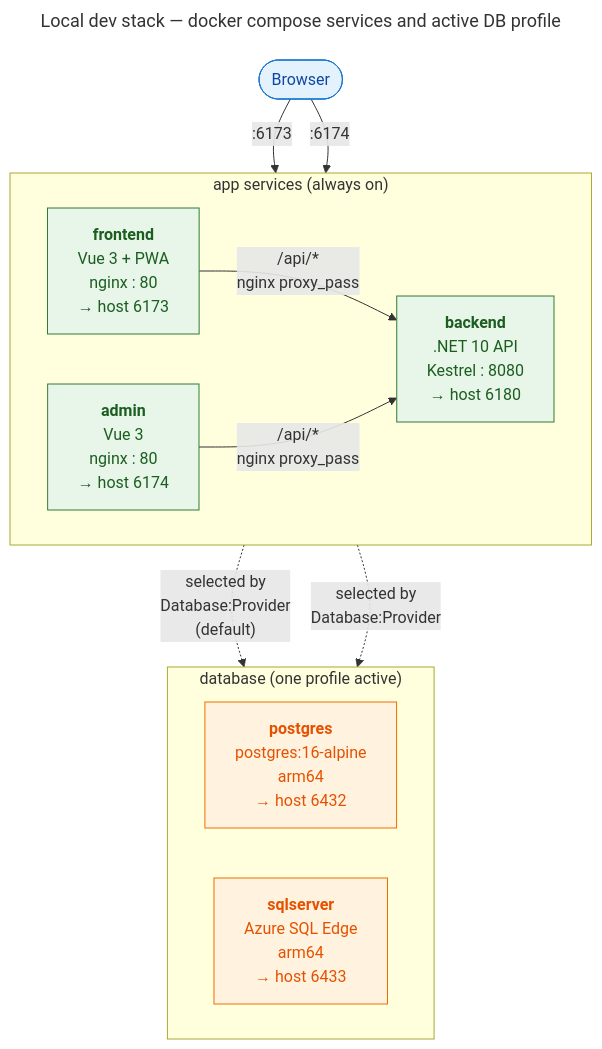
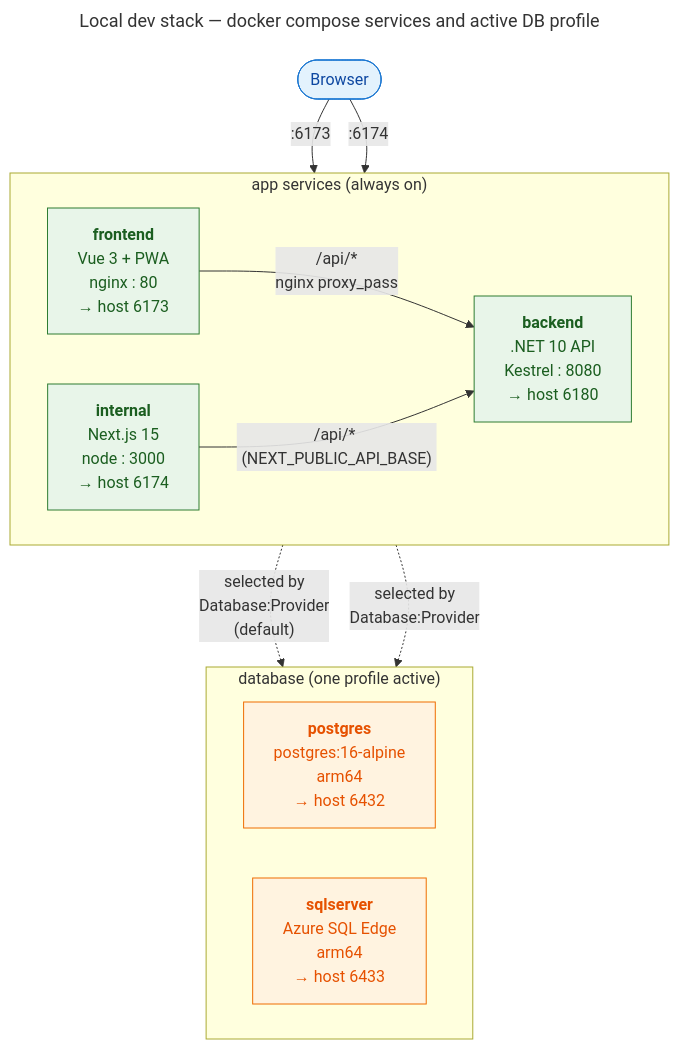
Before and after one commit to jpoley/template: the diagram in docs/diagrams/local-dev-architecture.mmd, drawn with Mermaid. The commit also changed 84 other files, not shown here.

First line of the commit message:
refactor: rename admin → internal and port Vue → Next.js

```diff
--- a/docs/diagrams/local-dev-architecture.mmd
+++ b/docs/diagrams/local-dev-architecture.mmd
@@ -1,38 +1,38 @@
 ---
 title: Local dev stack — docker compose services and active DB profile
 config:
   theme: default
   flowchart:
     curve: basis
     htmlLabels: true
 ---
 flowchart TB
     browser(["Browser"])
 
     subgraph apps["app services (always on)"]
         direction LR
         frontend["<b>frontend</b><br/>Vue 3 + PWA<br/>nginx : 80<br/>→ host 6173"]
-        admin["<b>admin</b><br/>Vue 3<br/>nginx : 80<br/>→ host 6174"]
+        internal["<b>internal</b><br/>Next.js 15<br/>node : 3000<br/>→ host 6174"]
         backend["<b>backend</b><br/>.NET 10 API<br/>Kestrel : 8080<br/>→ host 6180"]
     end
 
     subgraph dbs["database (one profile active)"]
         direction LR
         postgres["<b>postgres</b><br/>postgres:16-alpine<br/>arm64<br/>→ host 6432"]
         sqlserver["<b>sqlserver</b><br/>Azure SQL Edge<br/>arm64<br/>→ host 6433"]
     end
 
     browser -->|":6173"| frontend
-    browser -->|":6174"| admin
+    browser -->|":6174"| internal
     frontend -->|"/api/*<br/>nginx proxy_pass"| backend
-    admin    -->|"/api/*<br/>nginx proxy_pass"| backend
+    internal -->|"/api/* (NEXT_PUBLIC_API_BASE)"| backend
 
     backend -.->|"selected by<br/>Database:Provider<br/>(default)"| postgres
     backend -.->|"selected by<br/>Database:Provider"| sqlserver
 
     classDef appBox fill:#e8f5e9,stroke:#2e7d32,color:#1b5e20
     classDef dbBox  fill:#fff3e0,stroke:#ef6c00,color:#e65100
     classDef ext    fill:#e3f2fd,stroke:#1976d2,color:#0d47a1
-    class frontend,admin,backend appBox
+    class frontend,internal,backend appBox
     class postgres,sqlserver dbBox
     class browser ext
```
